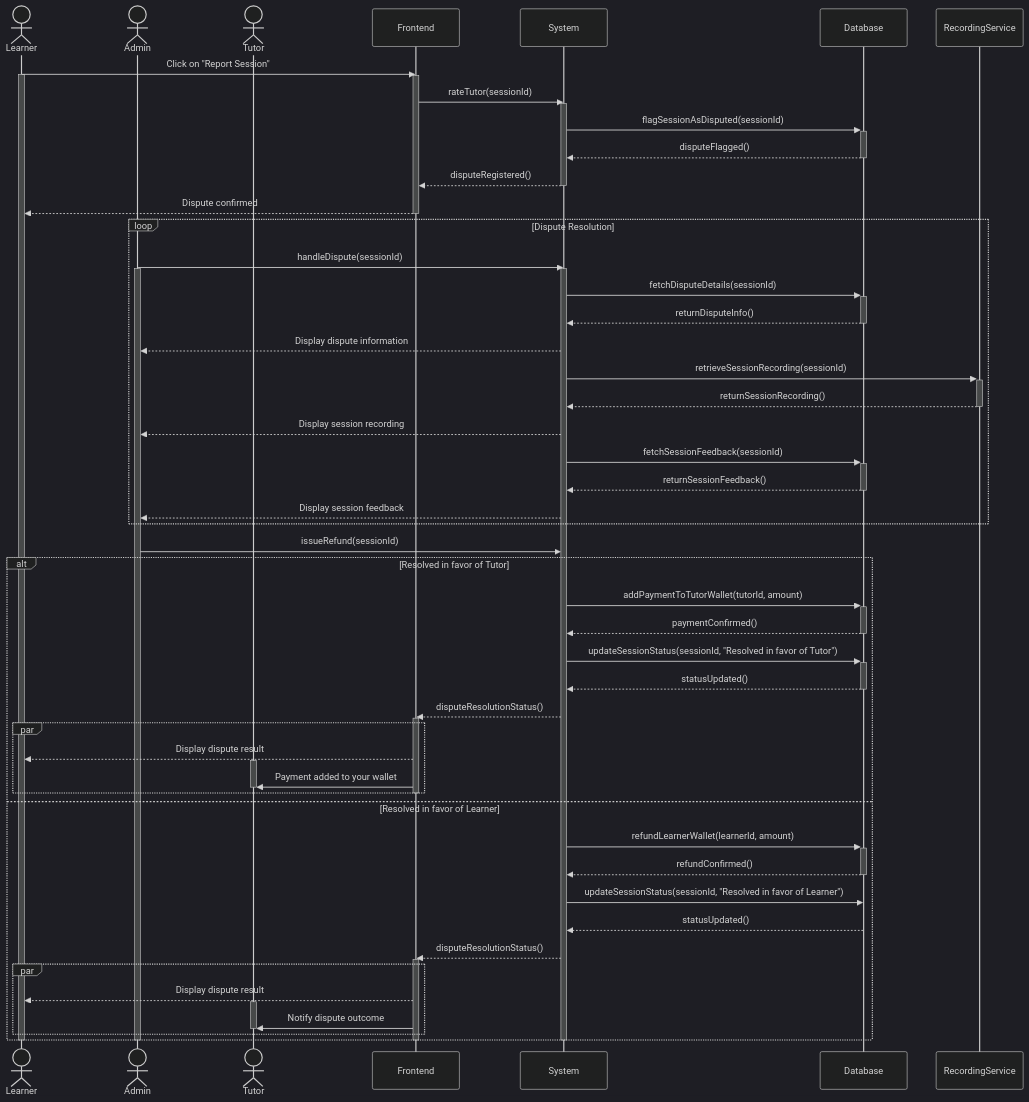
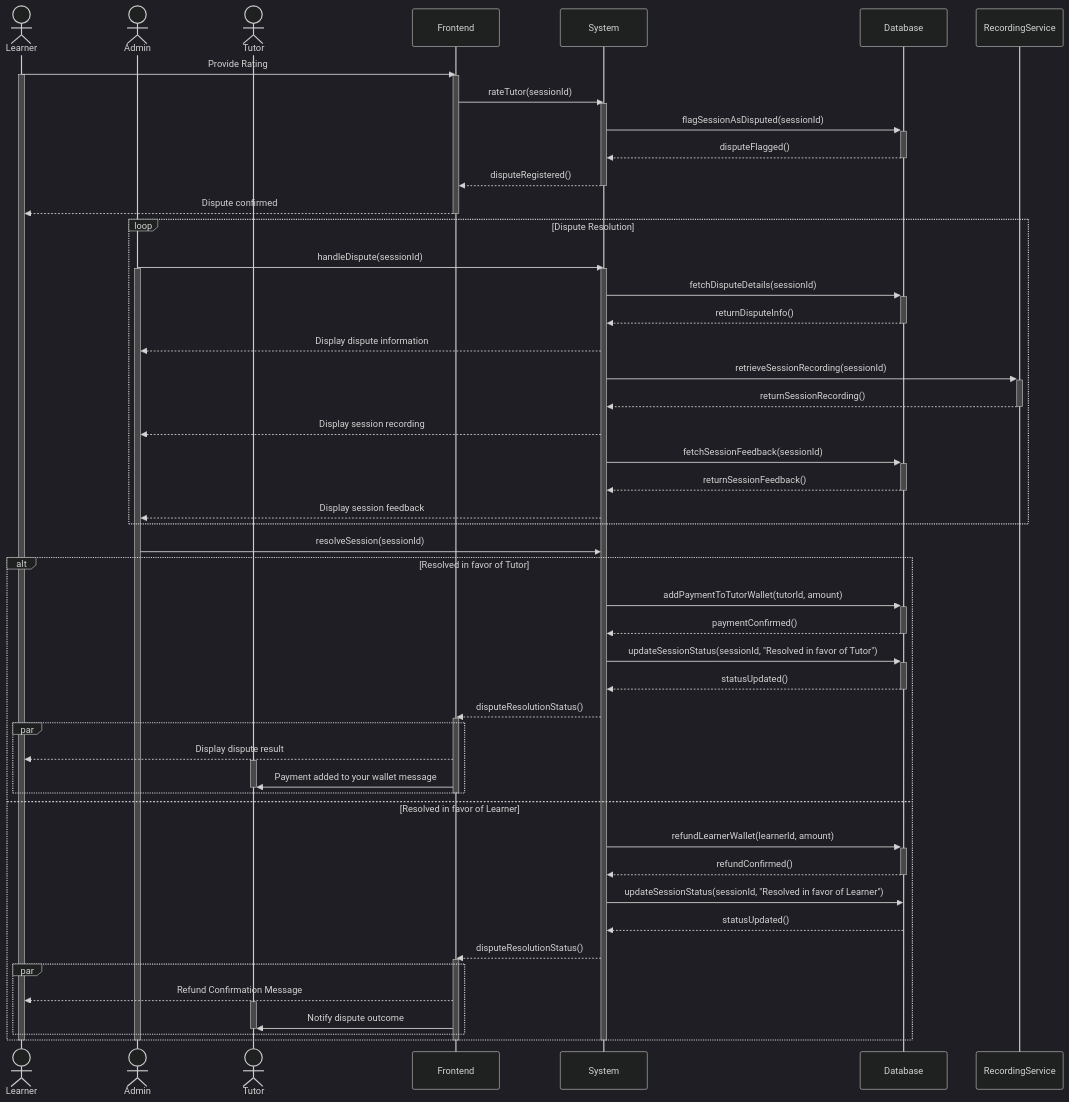
Before and after one commit to Shaar03/Diagrams: the diagram in disputeHandling.mermaid, drawn with Mermaid (dark theme).

```diff
--- a/disputeHandling.mermaid
+++ b/disputeHandling.mermaid
@@ -1,72 +1,72 @@
 sequenceDiagram
     actor Learner
     actor Admin
     actor Tutor
     participant Frontend
     participant System
     participant Database
     participant RecordingService
 
-    Learner->>Frontend: Click on "Report Session"
+    Learner->>Frontend: Provide Rating
     activate Learner
     activate Frontend
     Frontend->>System: rateTutor(sessionId)
     activate System
     System->>+Database: flagSessionAsDisputed(sessionId)
     Database-->>-System: disputeFlagged()
     System-->>Frontend: disputeRegistered()
     deactivate System
     Frontend-->>Learner: Dispute confirmed
     deactivate Frontend
 
     loop Dispute Resolution
         Admin->>System: handleDispute(sessionId)
         activate System
         activate Admin
         System->>+Database: fetchDisputeDetails(sessionId)
         Database-->>-System: returnDisputeInfo()
         System-->>Admin: Display dispute information
         System->>+RecordingService: retrieveSessionRecording(sessionId)
         RecordingService-->>-System: returnSessionRecording()
         System-->>Admin: Display session recording
 
         System->>+Database: fetchSessionFeedback(sessionId)
         Database-->>-System: returnSessionFeedback()
         System-->>Admin: Display session feedback
     end
 
-    Admin->>System: issueRefund(sessionId)
+    Admin->>System: resolveSession(sessionId)
     alt Resolved in favor of Tutor
         System->>+Database: addPaymentToTutorWallet(tutorId, amount)
         Database-->>-System: paymentConfirmed()
         System->>+Database: updateSessionStatus(sessionId, "Resolved in favor of Tutor")
         Database-->>-System: statusUpdated()
         System-->>Frontend: disputeResolutionStatus()
         activate Frontend
 
         par
             Frontend-->>Learner: Display dispute result
             activate Tutor
-            Frontend->>Tutor: Payment added to your wallet
+            Frontend->>Tutor: Payment added to your wallet message
             deactivate Tutor
         end
         deactivate Frontend
     else Resolved in favor of Learner
         System->>+Database: refundLearnerWallet(learnerId, amount)
         Database-->>-System: refundConfirmed()
         System->>Database: updateSessionStatus(sessionId, "Resolved in favor of Learner")
         Database-->>System: statusUpdated()
         System-->>Frontend: disputeResolutionStatus()
         activate Frontend
 
         par
-            Frontend-->>Learner: Display dispute result
+            Frontend-->>Learner: Refund Confirmation Message
             activate Tutor
             Frontend->>Tutor: Notify dispute outcome
             deactivate Tutor
         end
     end
     deactivate System
     deactivate Frontend
     deactivate Admin
     deactivate Learner
```
